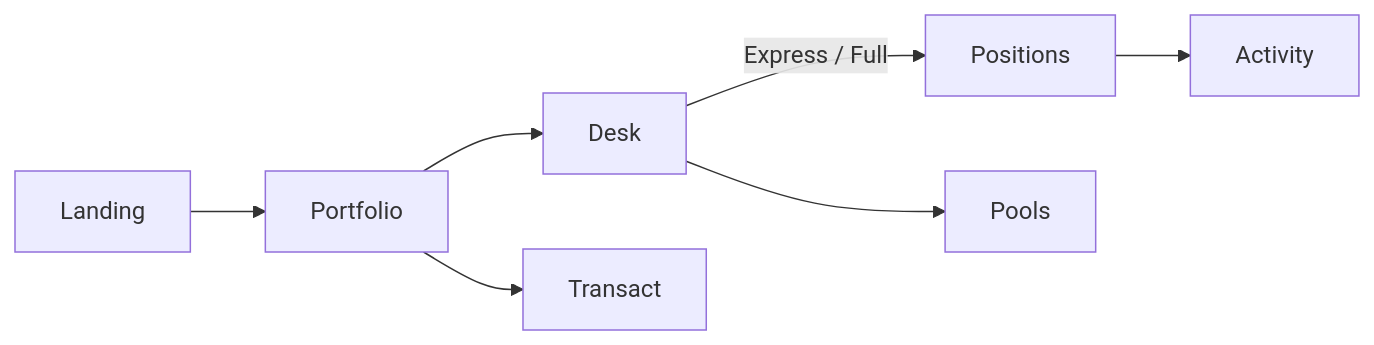
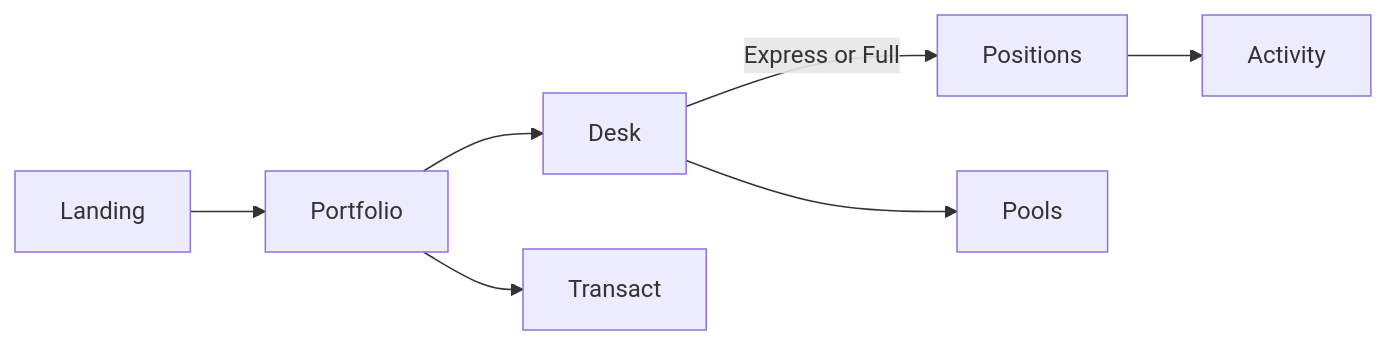
Before and after one commit to AmaanSayyad/Pegforge: the seventh of 8 diagrams in README.md, drawn with Mermaid. The commit also changed other lines of this file and 5 other files, not shown here.

First line of the commit message:
docs: MIT license, architecture diagrams, and footer links

````diff
--- a/README.md
+++ b/README.md
@@ -165,9 +245,9 @@
 ```mermaid
 flowchart LR
   Landing --> Portfolio
   Portfolio --> Desk
-  Desk -->|Express / Full| Positions
+  Desk -->|Express or Full| Positions
   Positions --> Activity
   Portfolio --> Transact
   Desk --> Pools
 ```
````
